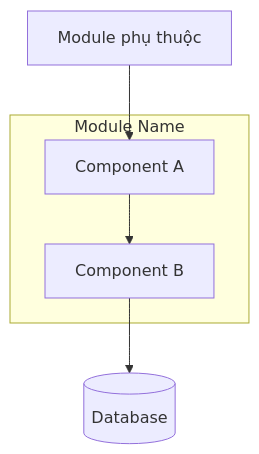
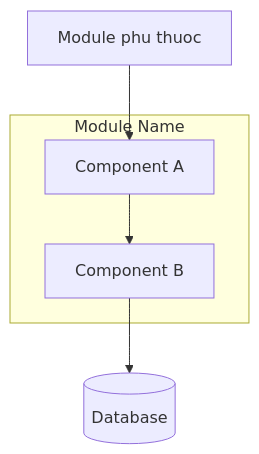
The diagram in aiteam/templates/module-spec.md (akaisuperman/ai-dlc-sdd), drawn with Mermaid before and after one commit. The commit also changed other lines of this file and 24 other files, not shown here.

````diff
--- a/aiteam/templates/module-spec.md
+++ b/aiteam/templates/module-spec.md
@@ -28,10 +28,10 @@
 ```mermaid
 graph TD
     subgraph module [Module Name]
         ComponentA[Component A]
         ComponentB[Component B]
     end
-    ExternalDep[Module phụ thuộc] --> ComponentA
+    ExternalDep[Module phu thuoc] --> ComponentA
     ComponentA --> ComponentB
     ComponentB --> DB[(Database)]
 ```
````
